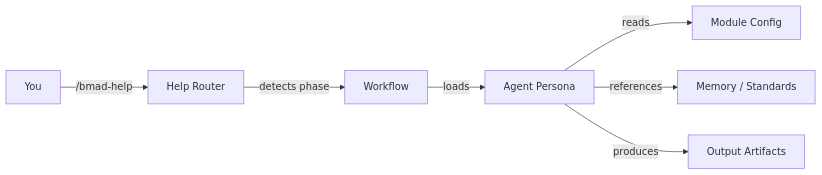
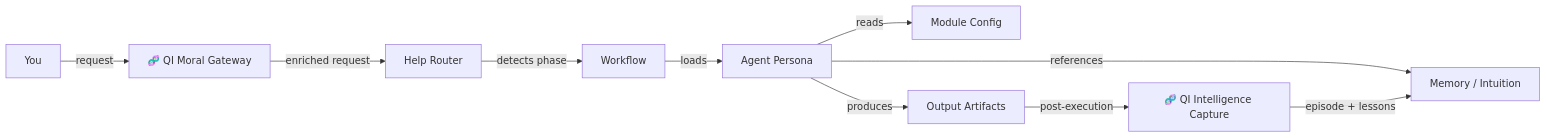
Before and after one commit to Light-Brands/investos: the second of 8 diagrams in _bmad/BMAD-FRAMEWORK.md, drawn with Mermaid. The commit also changed other lines of this file and 31 other files, not shown here.

First line of the commit message:
Add QI module: Quantum Intelligence with moral gateway, scoring, and learning

````diff
--- a/_bmad/BMAD-FRAMEWORK.md
+++ b/_bmad/BMAD-FRAMEWORK.md
@@ -75,9 +95,12 @@
 ```mermaid
 graph LR
-    USER[You] -->|"/bmad-help"| HELP[Help Router]
+    USER[You] -->|request| QI_GATE["🧬 QI Moral Gateway"]
+    QI_GATE -->|enriched request| HELP[Help Router]
     HELP -->|detects phase| WORKFLOW[Workflow]
     WORKFLOW -->|loads| AGENT[Agent Persona]
     AGENT -->|reads| CONFIG[Module Config]
-    AGENT -->|references| MEMORY[Memory / Standards]
+    AGENT -->|references| MEMORY[Memory / Intuition]
     AGENT -->|produces| ARTIFACTS[Output Artifacts]
+    ARTIFACTS -->|post-execution| QI_CAPTURE["🧬 QI Intelligence Capture"]
+    QI_CAPTURE -->|episode + lessons| MEMORY
 ```
````
